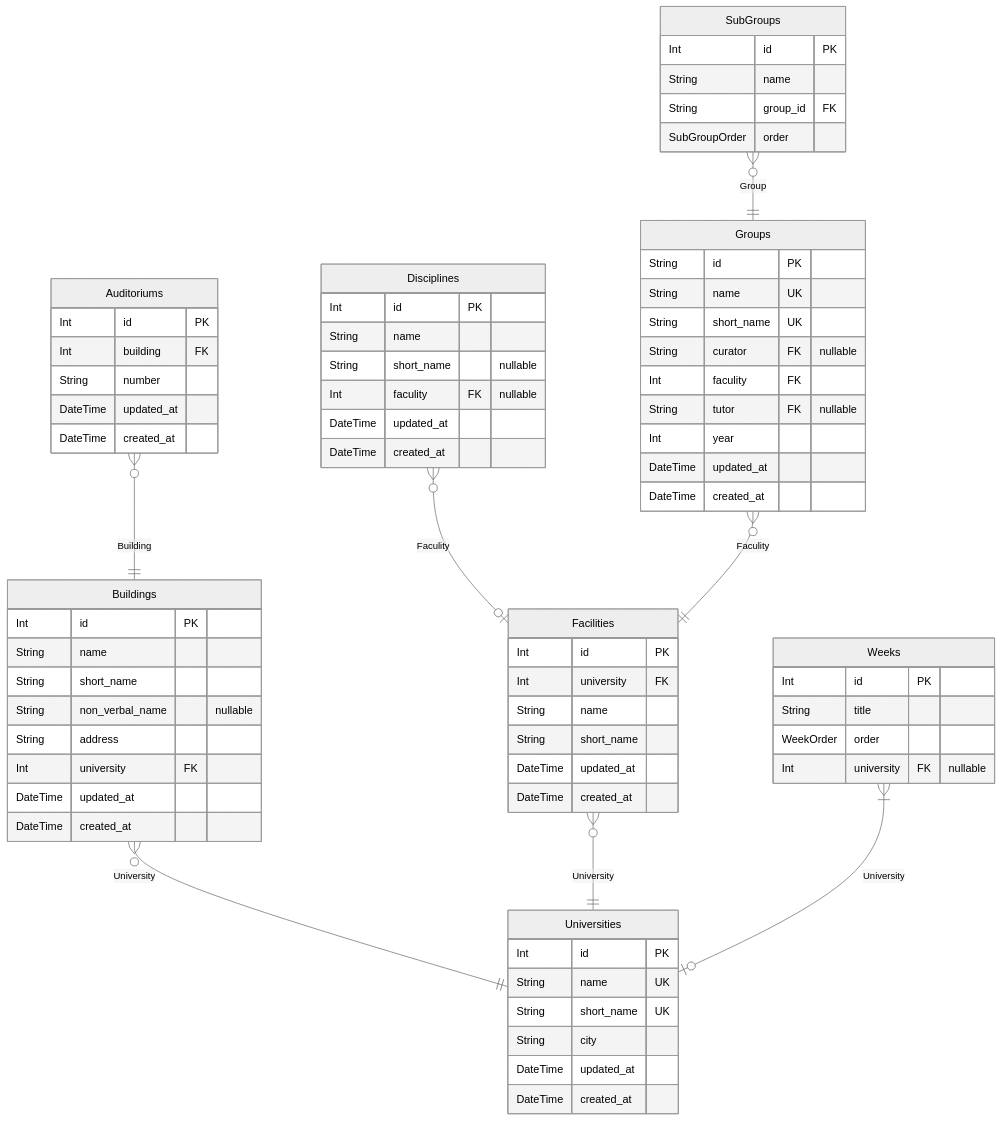
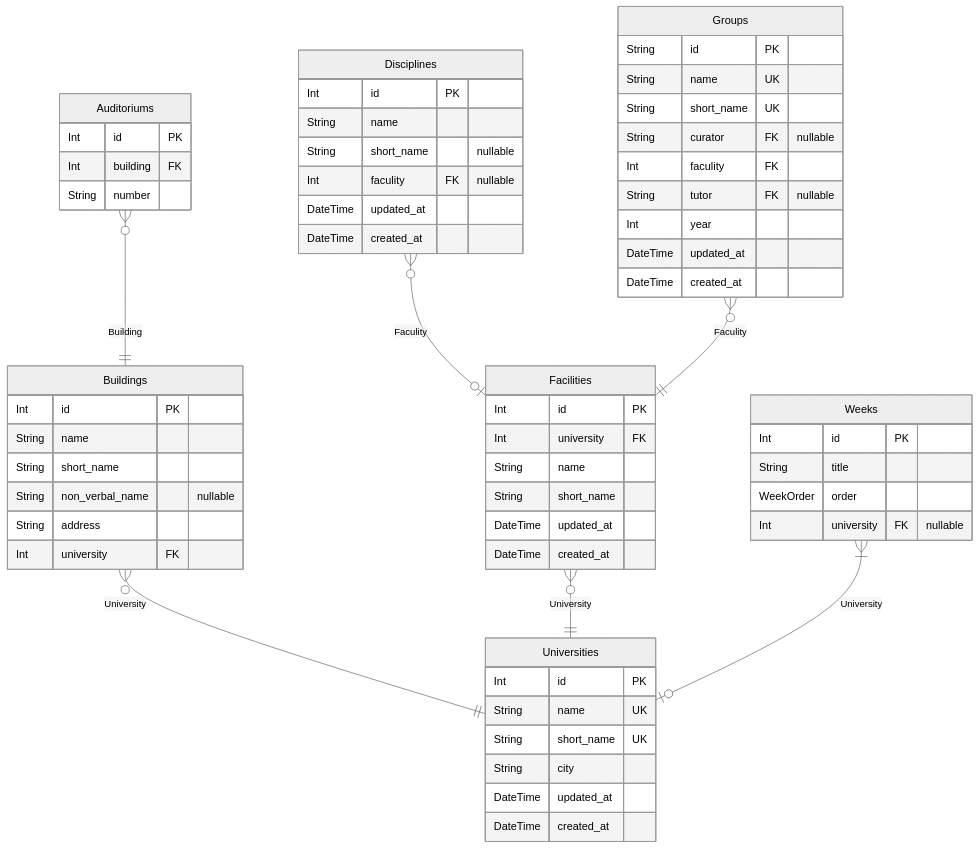
One commit to NeatDeveloper/Thodle changed the second of 4 diagrams in packages/db/prisma/ThodleDatabase.md. Above: the diagram before and after it, drawn with Mermaid (neutral theme). The commit also changed other lines of this file and 20 other files, not shown here.

````diff
--- a/packages/db/prisma/ThodleDatabase.md
+++ b/packages/db/prisma/ThodleDatabase.md
@@ -161,74 +161,63 @@
 ```mermaid
 erDiagram
 "Auditoriums" {
   Int id PK
   Int building FK
   String number
-  DateTime updated_at
-  DateTime created_at
 }
 "Buildings" {
   Int id PK
   String name
   String short_name
   String non_verbal_name "nullable"
   String address
   Int university FK
-  DateTime updated_at
-  DateTime created_at
 }
 "Disciplines" {
   Int id PK
   String name
   String short_name "nullable"
   Int faculity FK "nullable"
   DateTime updated_at
   DateTime created_at
 }
 "Facilities" {
   Int id PK
   Int university FK
   String name
   String short_name
   DateTime updated_at
   DateTime created_at
 }
 "Groups" {
   String id PK
   String name UK
   String short_name UK
   String curator FK "nullable"
   Int faculity FK
   String tutor FK "nullable"
   Int year
   DateTime updated_at
   DateTime created_at
 }
-"SubGroups" {
-  Int id PK
-  String name
-  String group_id FK
-  SubGroupOrder order
-}
 "Universities" {
   Int id PK
   String name UK
   String short_name UK
   String city
   DateTime updated_at
   DateTime created_at
 }
 "Weeks" {
   Int id PK
   String title
   WeekOrder order
   Int university FK "nullable"
 }
 "Auditoriums" }o--|| "Buildings" : Building
 "Buildings" }o--|| "Universities" : University
 "Disciplines" }o--o| "Facilities" : Faculity
 "Facilities" }o--|| "Universities" : University
 "Groups" }o--|| "Facilities" : Faculity
-"SubGroups" }o--|| "Groups" : Group
 "Weeks" }|--o| "Universities" : University
 ```
````
